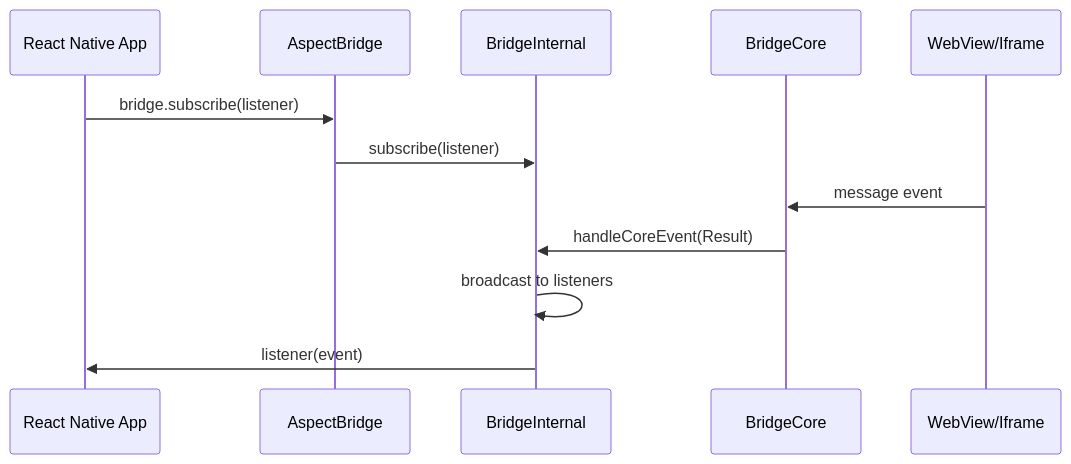
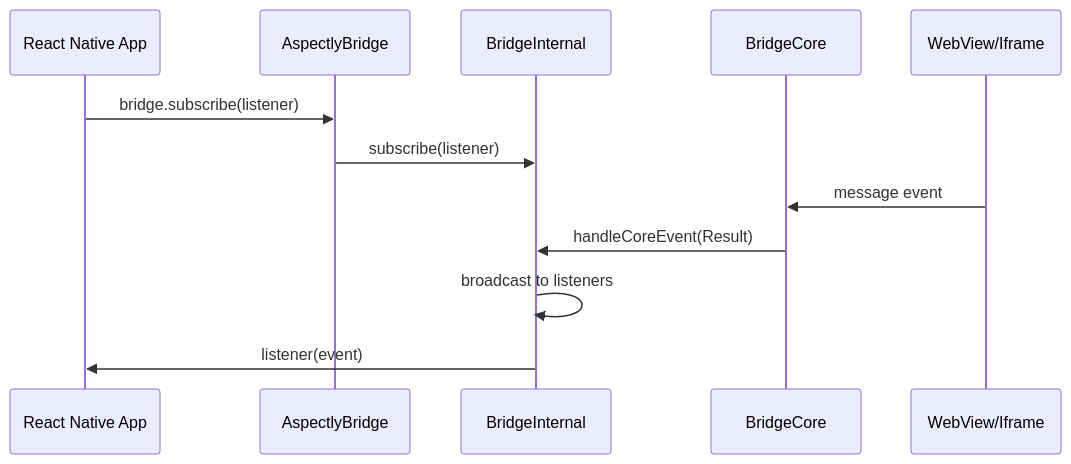
One commit to JeanIsahakyan/chirp changed the third of 3 diagrams in docs/ARCHITECTURE.md. Above: the diagram before and after it, drawn with Mermaid. The commit also changed other lines of this file and 33 other files, not shown here.

First line of the commit message:
refactor: rename aspect to aspectly across the codebase

````diff
--- a/docs/ARCHITECTURE.md
+++ b/docs/ARCHITECTURE.md
@@ -203,16 +203,16 @@
 ```mermaid
 sequenceDiagram
     participant App as React Native App
-    participant Bridge as AspectBridge
+    participant Bridge as AspectlyBridge
     participant Internal as BridgeInternal
     participant Core as BridgeCore
     participant Web as WebView/Iframe
 
     App->>Bridge: bridge.subscribe(listener)
     Bridge->>Internal: subscribe(listener)
     
     Web->>Core: message event
     Core->>Internal: handleCoreEvent(Result)
     Internal->>Internal: broadcast to listeners
     Internal->>App: listener(event)
 ```
````
